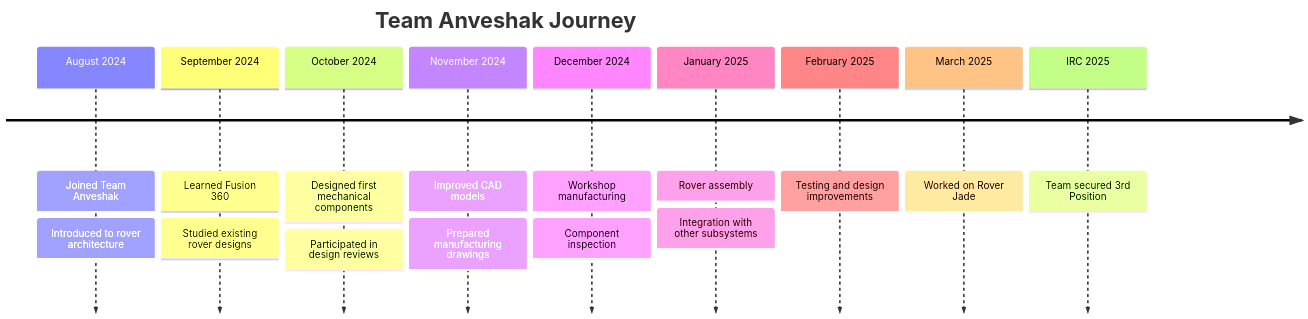
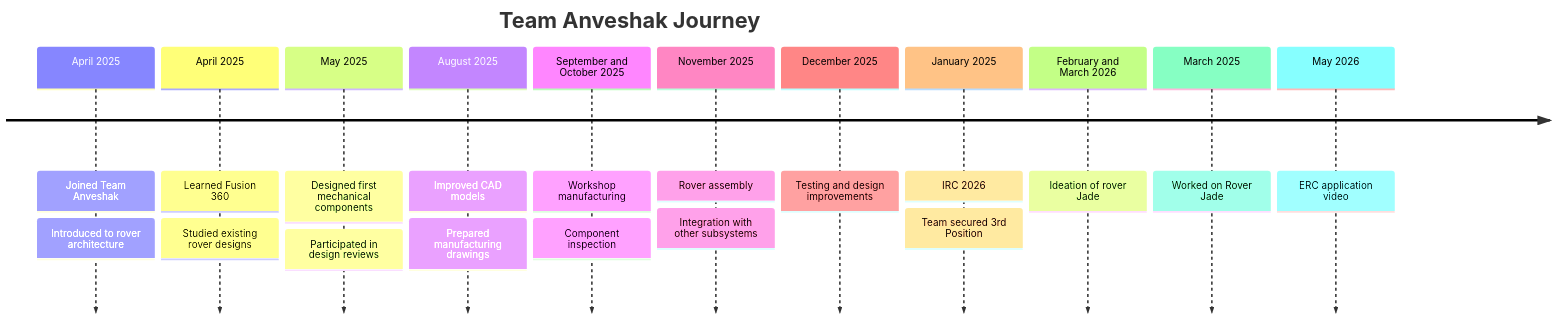
One commit to IHOPENOONEFINDS/Anveshak_mechanical-engineering-portfolio changed the diagram in 02_Timeline /Timeline.md. Above: the diagram before and after it, drawn with Mermaid.

````diff
--- a/02_Timeline /Timeline.md
+++ b/02_Timeline /Timeline.md
@@ -3,28 +3,35 @@
 ```mermaid
 timeline
     title Team Anveshak Journey
 
-    August 2024 : Joined Team Anveshak
+    April 2025 : Joined Team Anveshak
                 : Introduced to rover architecture
 
-    September 2024 : Learned Fusion 360
+  April 2025 : Learned Fusion 360
                    : Studied existing rover designs
 
-    October 2024 : Designed first mechanical components
+   May 2025 : Designed first mechanical components
                  : Participated in design reviews
 
-    November 2024 : Improved CAD models
+  August 2025 : Improved CAD models
                   : Prepared manufacturing drawings
 
-    December 2024 : Workshop manufacturing
+  September and October 2025 : Workshop manufacturing
                   : Component inspection
 
-    January 2025 : Rover assembly
+November 2025 : Rover assembly
                  : Integration with other subsystems
 
-    February 2025 : Testing and design improvements
+December 2025 : Testing and design improvements
 
-    March 2025 : Worked on Rover Jade
+January 2025: IRC 2026
+                 : Team secured 3rd Position
 
-    IRC 2025 : Team secured 3rd Position
+February and March 2026: Ideation of rover Jade
+
+ March 2025 : Worked on Rover Jade
+
+May 2026: ERC application video
+
+    
 ```
````
